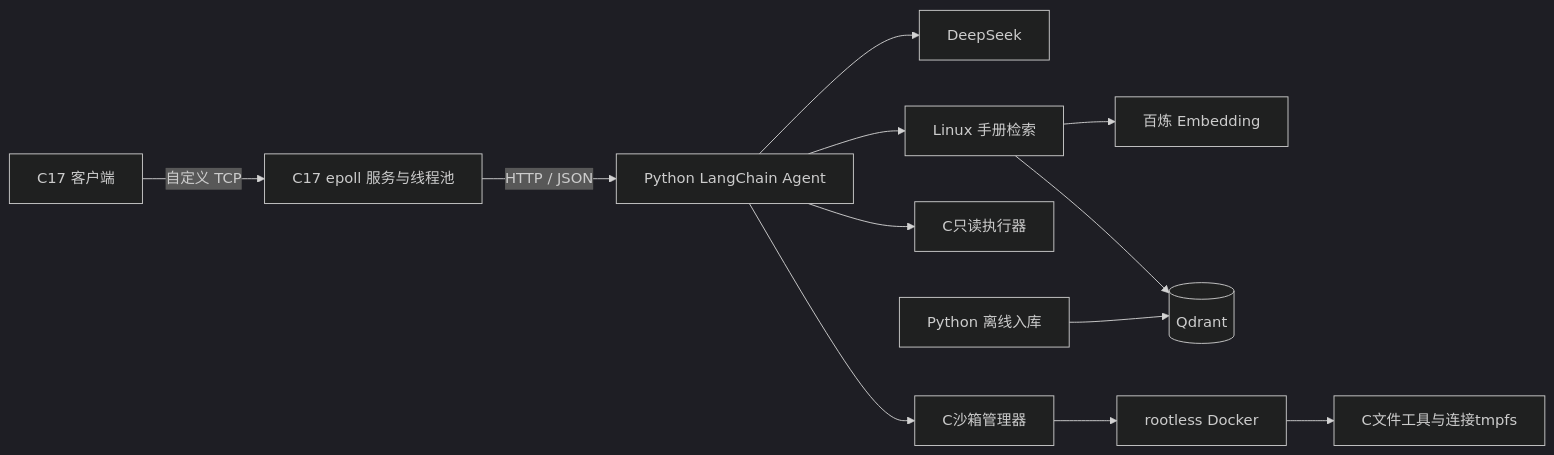
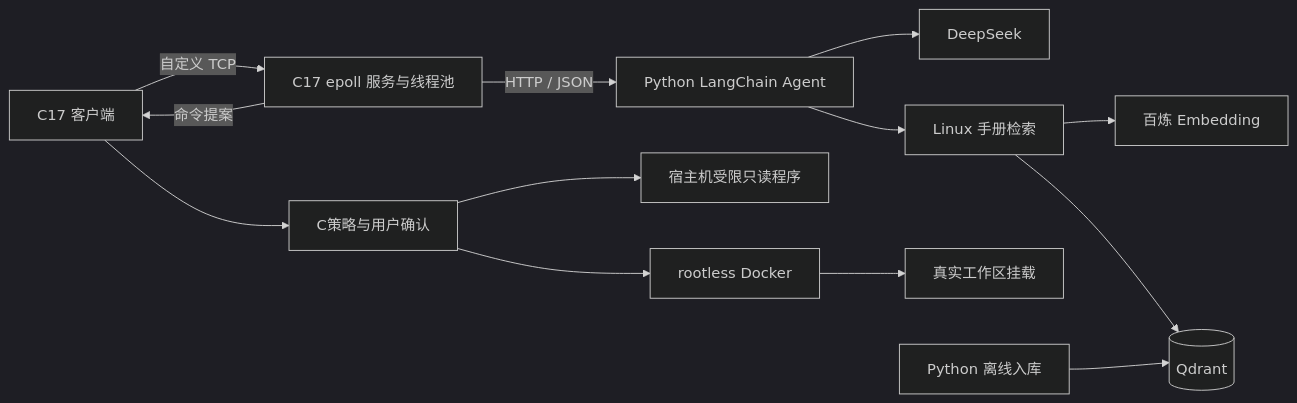
Before and after one commit to yiyi-tian/RAGent: the diagram in README.md, drawn with Mermaid (dark theme). The commit also changed other lines of this file and 142 other files, not shown here.

````diff
--- a/README.md
+++ b/README.md
@@ -176,14 +150,15 @@
 ```mermaid
 flowchart LR
     C[C17 客户端] -->|自定义 TCP| N[C17 epoll 服务与线程池]
     N -->|HTTP / JSON| A[Python LangChain Agent]
     A --> L[DeepSeek]
     A --> R[Linux 手册检索]
     R --> E[百炼 Embedding]
     R --> Q[(Qdrant)]
-    A --> T[C只读执行器]
-    A --> S[C沙箱管理器]
-    S --> D[rootless Docker]
-    D --> F[C文件工具与连接tmpfs]
+    N -->|命令提案| C
+    C --> T[C策略与用户确认]
+    T --> H[宿主机受限只读程序]
+    T --> D[rootless Docker]
+    D --> F[真实工作区挂载]
     P[Python 离线入库] --> Q
 ```
````
